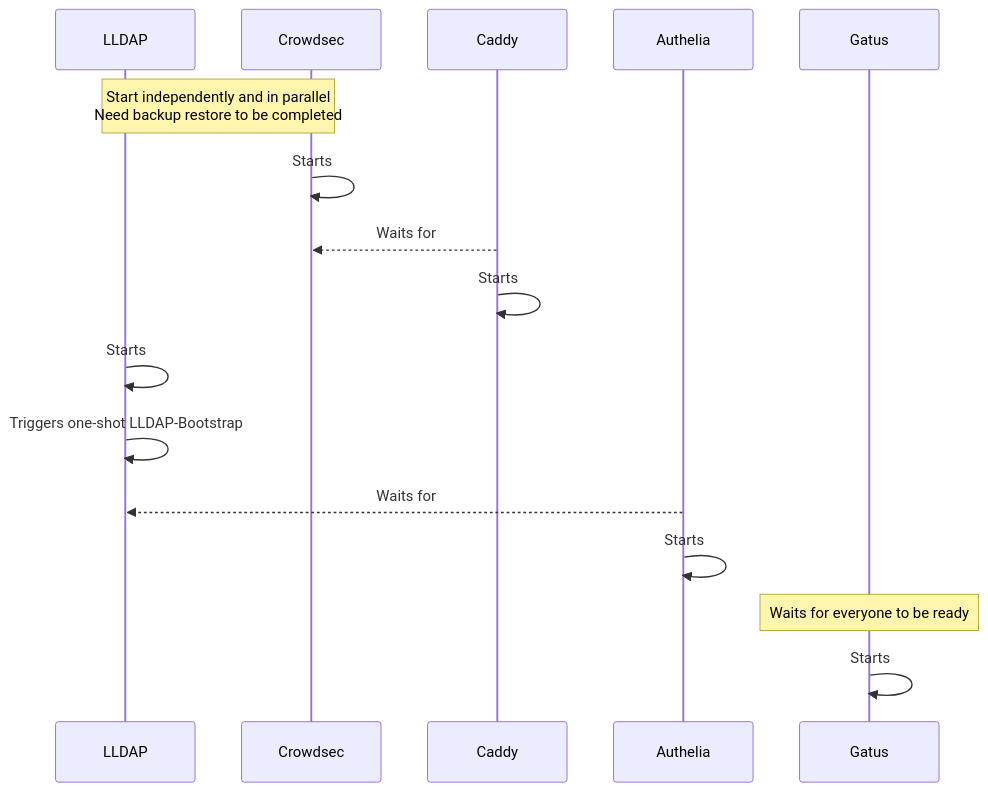
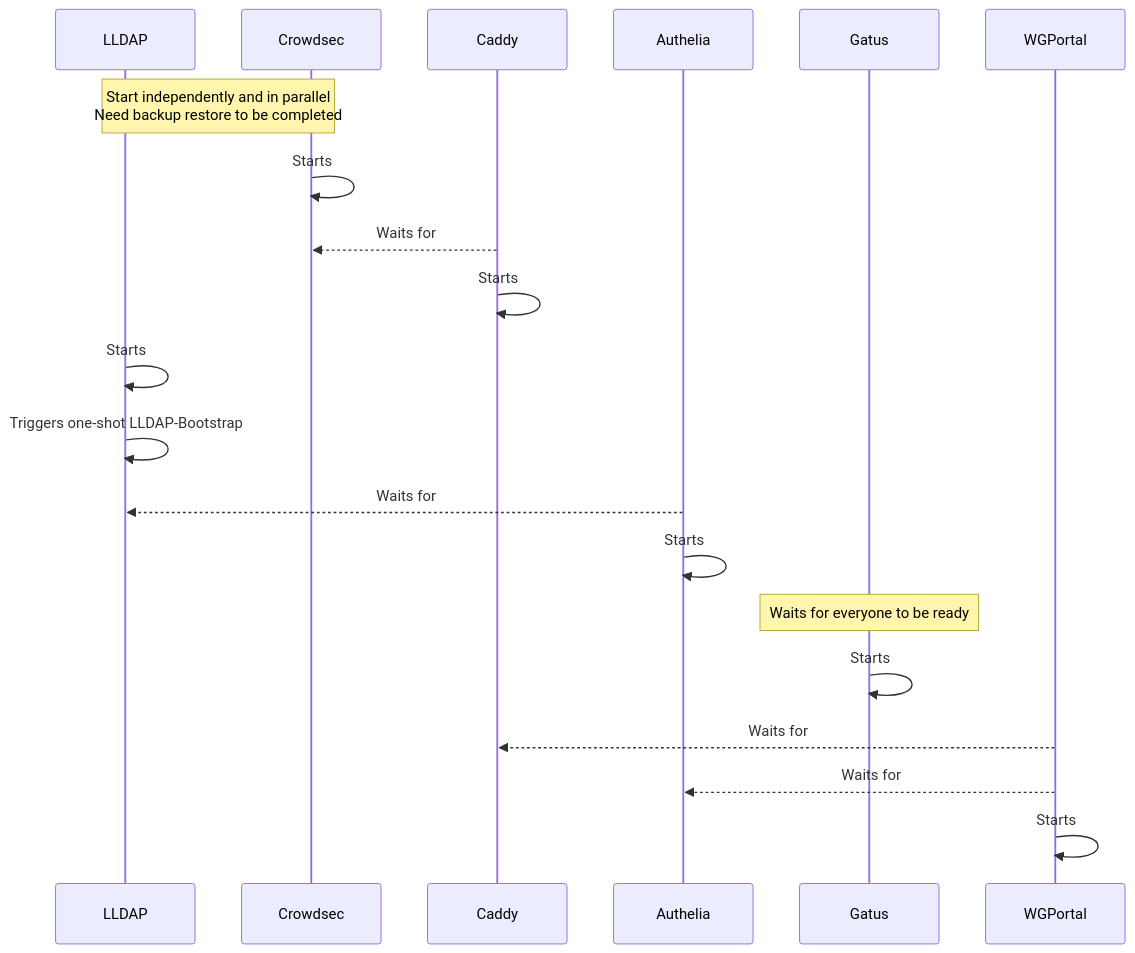
One commit to vic1707/homelab-config changed the diagram in vps/telstar/docs.md. Above: the diagram before and after it, drawn with Mermaid.

Commit message:
add wg-portal to docs

````diff
--- a/vps/telstar/docs.md
+++ b/vps/telstar/docs.md
@@ -3,24 +3,29 @@
 ```mermaid
 sequenceDiagram
     participant LLDAP
     participant Crowdsec
     participant Caddy
     participant Authelia
     participant Gatus
+    participant WGPortal
 
     Note over Crowdsec, LLDAP: Start independently and in parallel<br/>Need backup restore to be completed
 
     Crowdsec->>Crowdsec: Starts
 
     Caddy-->>Crowdsec: Waits for
     Caddy->>Caddy: Starts
 
     LLDAP->>LLDAP: Starts
     LLDAP->>LLDAP: Triggers one-shot LLDAP-Bootstrap
 
     Authelia-->>LLDAP: Waits for
     Authelia->>Authelia: Starts
 
     Note over Gatus: Waits for everyone to be ready
     Gatus->>Gatus: Starts
+
+    WGPortal-->>Caddy: Waits for
+    WGPortal-->>Authelia: Waits for
+    WGPortal->>WGPortal: Starts
 ```
````
